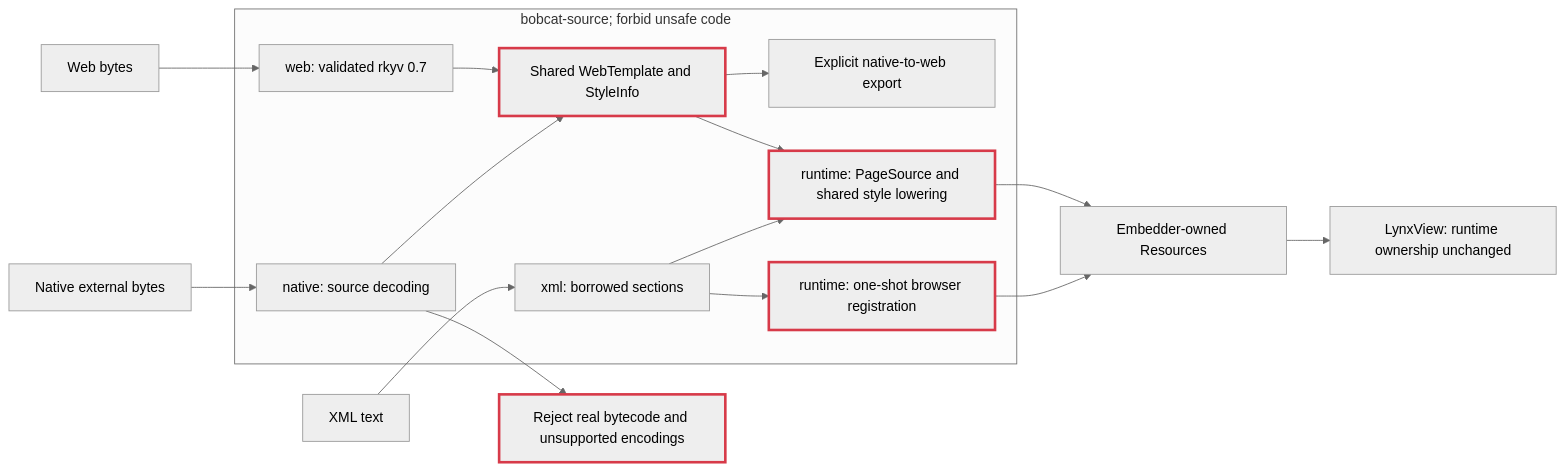
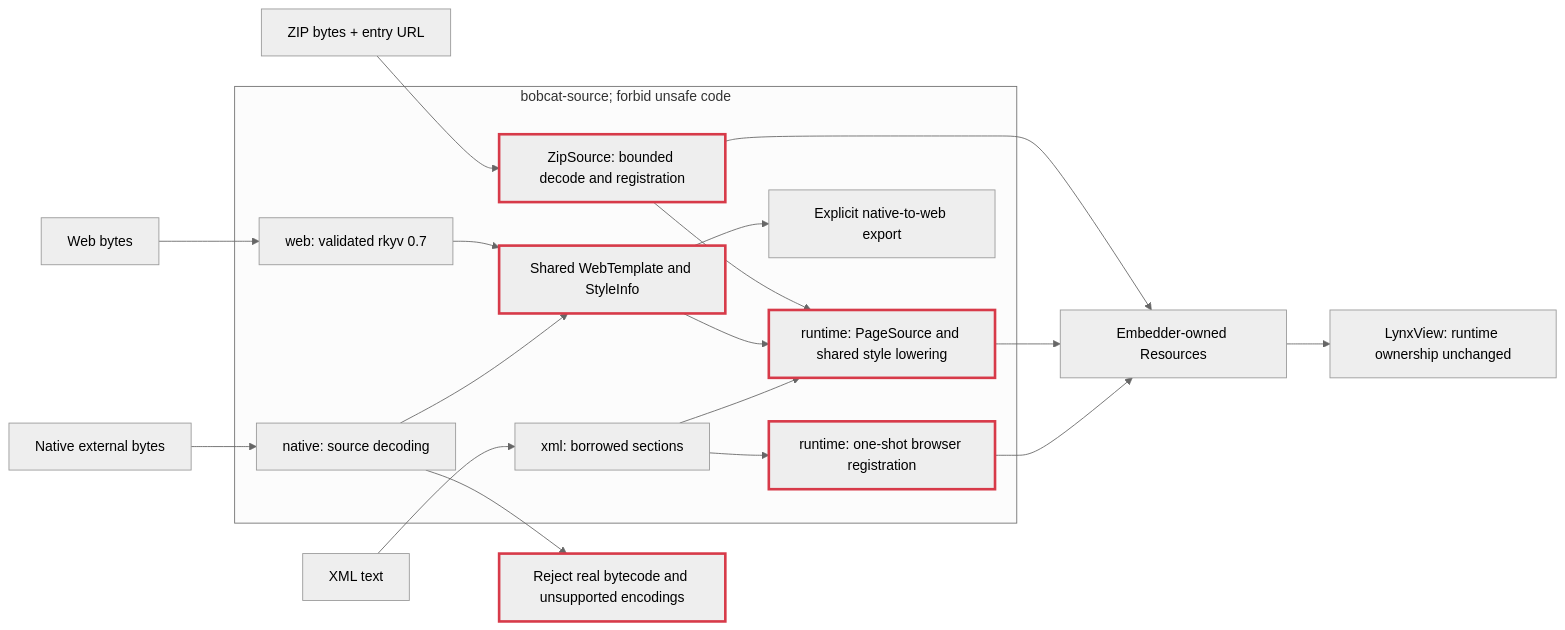
Before and after one commit to PupilTong/lynx-vello: the second of 2 diagrams in docs/source-architecture.md, drawn with Mermaid (neutral theme). The commit also changed other lines of this file and 22 other files, not shown here.

````diff
--- a/docs/source-architecture.md
+++ b/docs/source-architecture.md
@@ -29,21 +29,24 @@
 ```mermaid
 flowchart LR
     XML["XML text"] --> XP
     WB["Web bytes"] --> WD
     NB["Native external bytes"] --> ND
+    ZIP["ZIP bytes + entry URL"] --> ZA
     subgraph Source["bobcat-source; forbid unsafe code"]
+        ZA["ZipSource: bounded decode and registration"] --> A
         XP["xml: borrowed sections"]
         WD["web: validated rkyv 0.7"] --> T["Shared WebTemplate and StyleInfo"]
         ND["native: source decoding"] --> T
         T --> EN["Explicit native-to-web export"]
         T --> A["runtime: PageSource and shared style lowering"]
         XP --> A
         XP --> B["runtime: one-shot browser registration"]
     end
+    ZA --> R
     A --> R["Embedder-owned Resources"]
     B --> R
     R --> V["LynxView: runtime ownership unchanged"]
     ND --> E["Reject real bytecode and unsupported encodings"]
     classDef focus stroke:#d73a49,stroke-width:3px
-    class T,A,B,E focus
+    class T,A,B,E,ZA focus
 ```
````
